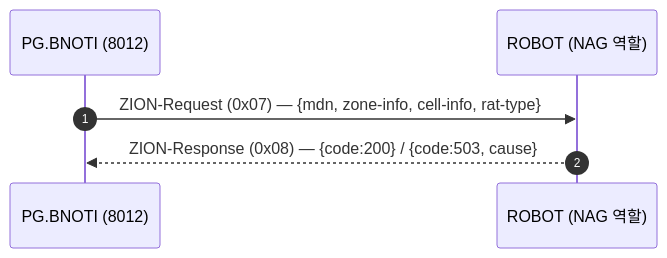
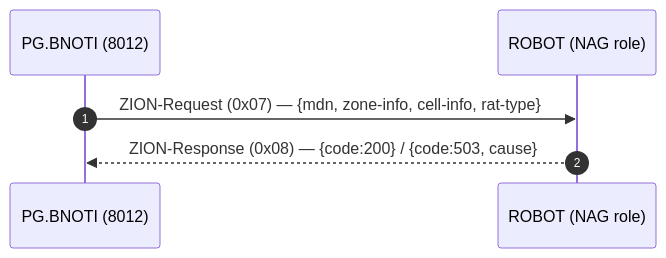
The fifth of 5 diagrams in docs/callflow/nag_callflow.md (IanKim2030/tc4robot), drawn with Mermaid before and after one commit. The commit also changed other lines of this file and 83 other files, not shown here.

````diff
--- a/docs/callflow/nag_callflow.md
+++ b/docs/callflow/nag_callflow.md
@@ -169,9 +169,9 @@
 ```mermaid
 sequenceDiagram
     autonumber
     participant PG as PG.BNOTI (8012)
-    participant TOOL as ROBOT (NAG 역할)
+    participant TOOL as ROBOT (NAG role)
 
     PG->>TOOL: ZION-Request (0x07) — {mdn, zone-info, cell-info, rat-type}
     TOOL-->>PG: ZION-Response (0x08) — {code:200} / {code:503, cause}
 ```
````
